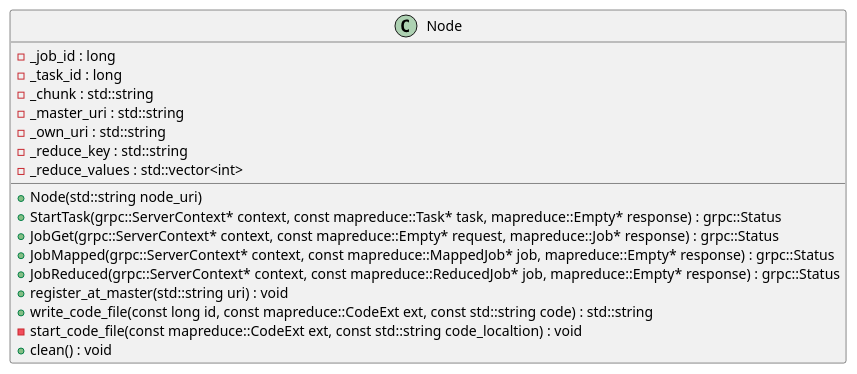
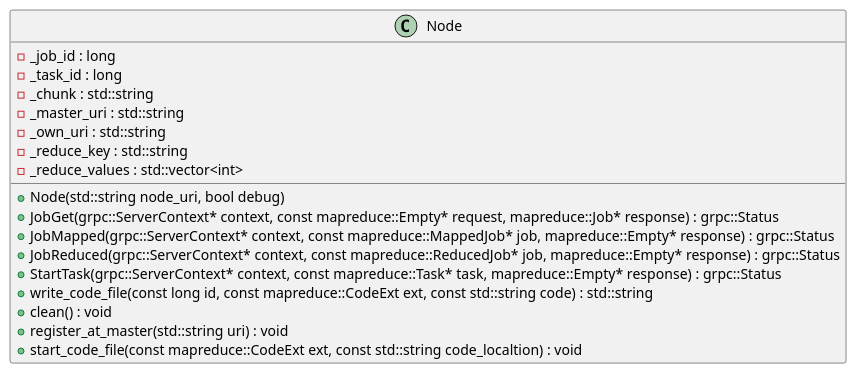
The diagram in docs/UMLs/class_diagram_node.puml (Sascha8a/MapReduce), drawn with PlantUML before and after one commit. The commit also changed 19 other files, not shown here.

```diff
--- a/docs/UMLs/class_diagram_node.puml
+++ b/docs/UMLs/class_diagram_node.puml
@@ -1,21 +1,22 @@
 @startuml Master Class Diagram
 
 class Node {
-	+Node(std::string node_uri)
-	+StartTask(grpc::ServerContext* context, const mapreduce::Task* task, mapreduce::Empty* response) : grpc::Status
+	+Node(std::string node_uri, bool debug)
 	+JobGet(grpc::ServerContext* context, const mapreduce::Empty* request, mapreduce::Job* response) : grpc::Status
 	+JobMapped(grpc::ServerContext* context, const mapreduce::MappedJob* job, mapreduce::Empty* response) : grpc::Status
 	+JobReduced(grpc::ServerContext* context, const mapreduce::ReducedJob* job, mapreduce::Empty* response) : grpc::Status
-	+register_at_master(std::string uri) : void
-	+write_code_file(const long id, const mapreduce::CodeExt ext, const std::string code) : std::string
-	-start_code_file(const mapreduce::CodeExt ext, const std::string code_localtion) : void
-	+clean() : void
+	+StartTask(grpc::ServerContext* context, const mapreduce::Task* task, mapreduce::Empty* response) : grpc::Status
 	-_job_id : long
 	-_task_id : long
 	-_chunk : std::string
 	-_master_uri : std::string
 	-_own_uri : std::string
 	-_reduce_key : std::string
+	+write_code_file(const long id, const mapreduce::CodeExt ext, const std::string code) : std::string
 	-_reduce_values : std::vector<int>
+	+clean() : void
+	+register_at_master(std::string uri) : void
+	+start_code_file(const mapreduce::CodeExt ext, const std::string code_localtion) : void
 }
+
 @enduml
```
